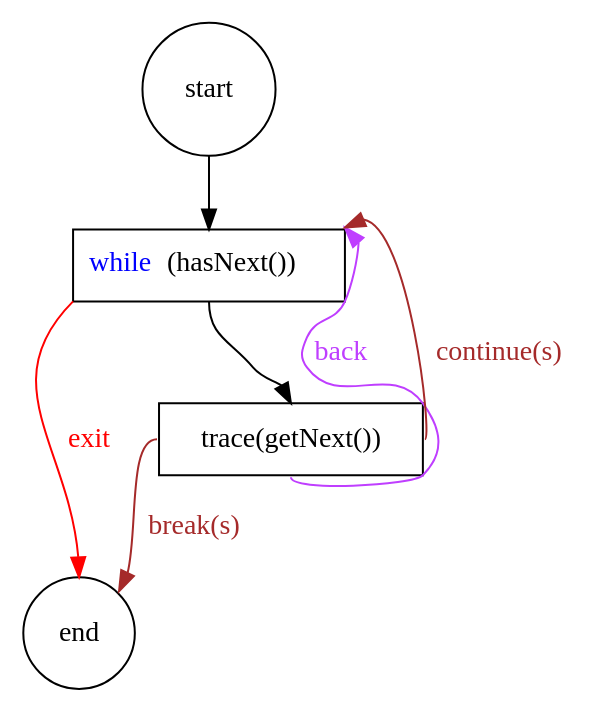
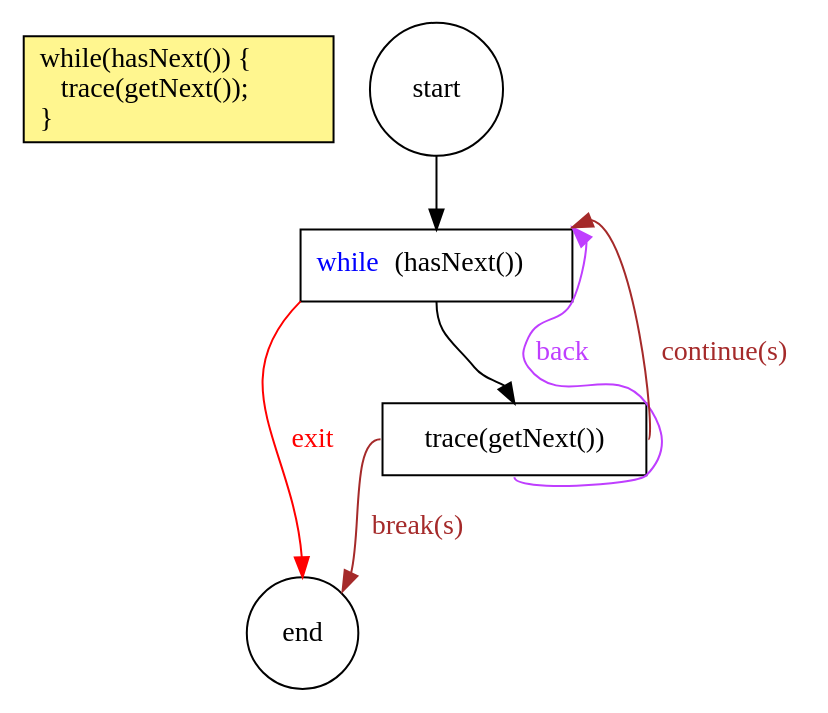
Before and after one commit to jindrapetrik/graphs: the diagram in graphs/basics.while.gv, drawn with Graphviz. The commit also changed 5 other files, not shown here.

Commit message:
- attribute _ignoreattrib for ignoring attributes during detection - addding explain section to certain graphs

```diff
--- a/graphs/basics.while.gv
+++ b/graphs/basics.while.gv
@@ -1,23 +1,17 @@
-/*
-
-while(hasNext()){
-   trace(getNext());
-}
-
-*/
 digraph {
+explain [_ignore=true fillcolor=khaki1 shape=box style=filled label="while(hasNext()) {\l    trace(getNext());\l}\l"]
 node [shape=box]
 start [shape=circle];
 end [shape=circle];
 while[label=<<FONT color="blue">while</FONT>(hasNext())>]
 body[label="trace(getNext())"]
 start:s->while:n;
 while:s->body:n;
 body:s->while:ne [color=darkorchid1 label=back fontcolor=darkorchid1];
 
-body:e->while:ne[color=brown label="continue(s)" fontcolor=brown];
-body:w->end:ne[color=brown label="break(s)" fontcolor=brown];
+body:e->while:ne[color=brown label="continue(s)" fontcolor=brown _ignoreattrib=true];
+body:w->end:ne[color=brown label="break(s)" fontcolor=brown _ignore=true];
 
-while:sw->end:n [color=red fontcolor=red label="exit"];
+while:sw->end:n [color=red fontcolor=red label="exit" _ignoreattrib=true];
 end;
 }
```
